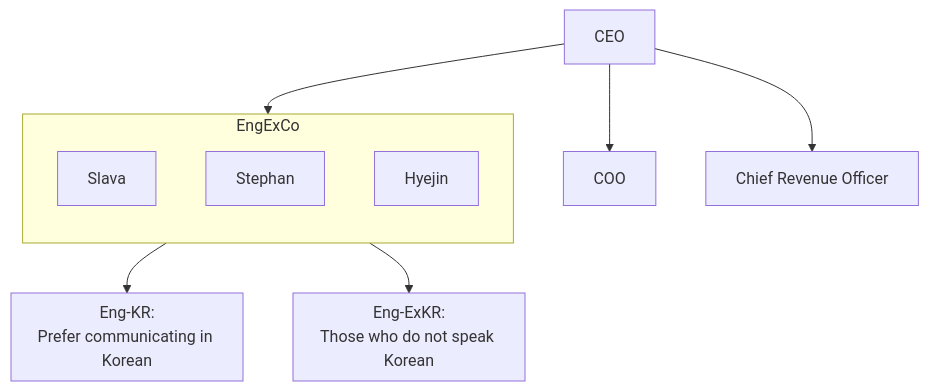
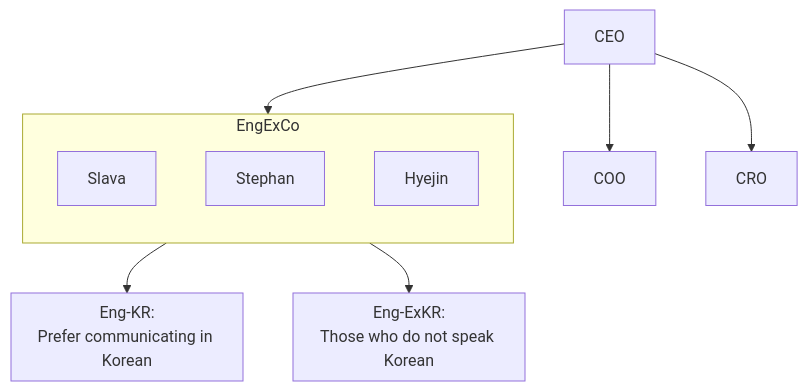
Before and after one commit to longjmpr/fmeng: the diagram in exco_struct.md, drawn with Mermaid.

Commit message:
Update exco_struct.md
simplified label

````diff
--- a/exco_struct.md
+++ b/exco_struct.md
@@ -1,35 +1,35 @@
 ```mermaid
 graph TD;
     CEO["CEO"]
     COO
 
     CEO --> COO
-    CEO --> CRO["Chief Revenue Officer"]
+    CEO --> CRO["CRO"]
 
     subgraph EngExCo
         direction TB
         VP_Eng["Slava"]
         CTO["Stephan"]
         Dir_Eng["Hyejin"]
     end
     %% CRO -.- EngExCo
 
     CEO --> EngExCo
     EngExCo --> Eng-KR
     EngExCo --> Eng-ExKR
 
     %% This is all Korean-speaking engineers
     subgraph Eng-KR [Eng-KR:
 Prefer communicating in Korean]
     end
     %% This is all engineers based outside of Korea
     subgraph Eng-ExKR [Eng-ExKR:
 Those who do not speak Korean]
     end
 
 
     %%DD[Director of Design]
     %%ADD["Assc Dir Design"]
     %%DD --> ADD
 
 ```
````
